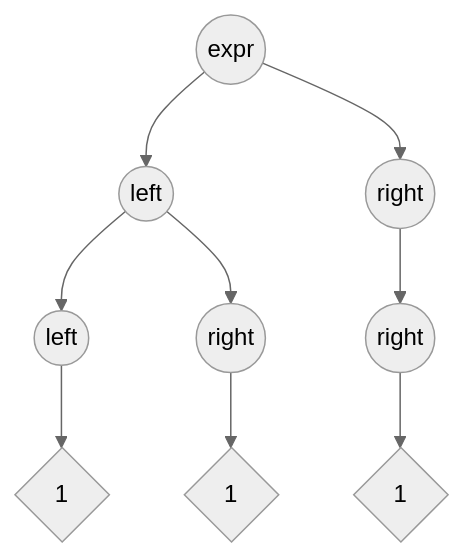
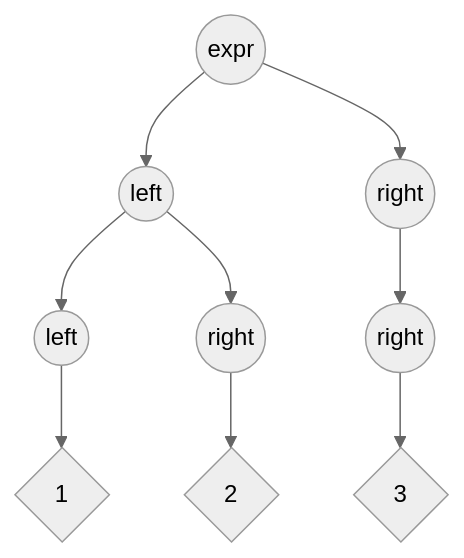
The first of 2 diagrams in hugo/content/docs/ast-types.md (eclipse-langium/langium-website), drawn with Mermaid (neutral theme) before and after one commit. The commit also changed other lines of this file, not shown here.

```diff
--- a/hugo/content/docs/ast-types.md
+++ b/hugo/content/docs/ast-types.md
@@ -189,11 +189,11 @@
 {{<mermaid>}}
 graph TD;
 expr((expr)) --> left((left))
 expr --> right((right))
 left --> left_left((left))
 left --> left_right((right))
 right --> right_right((right))
 left_left --> left_left_v{1}
-left_right --> left_right_{1}
-right_right --> right_right_v{1}
+left_right --> left_right_{2}
+right_right --> right_right_v{3}
 {{</mermaid>}}
```
